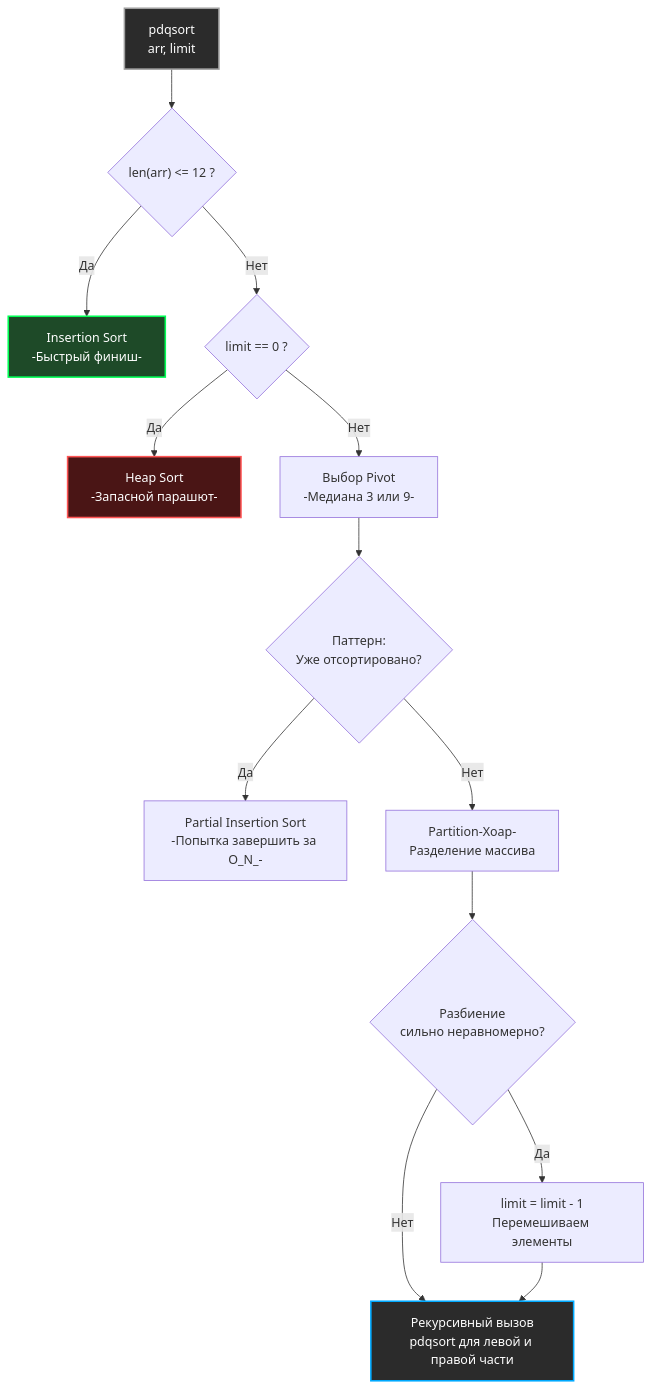
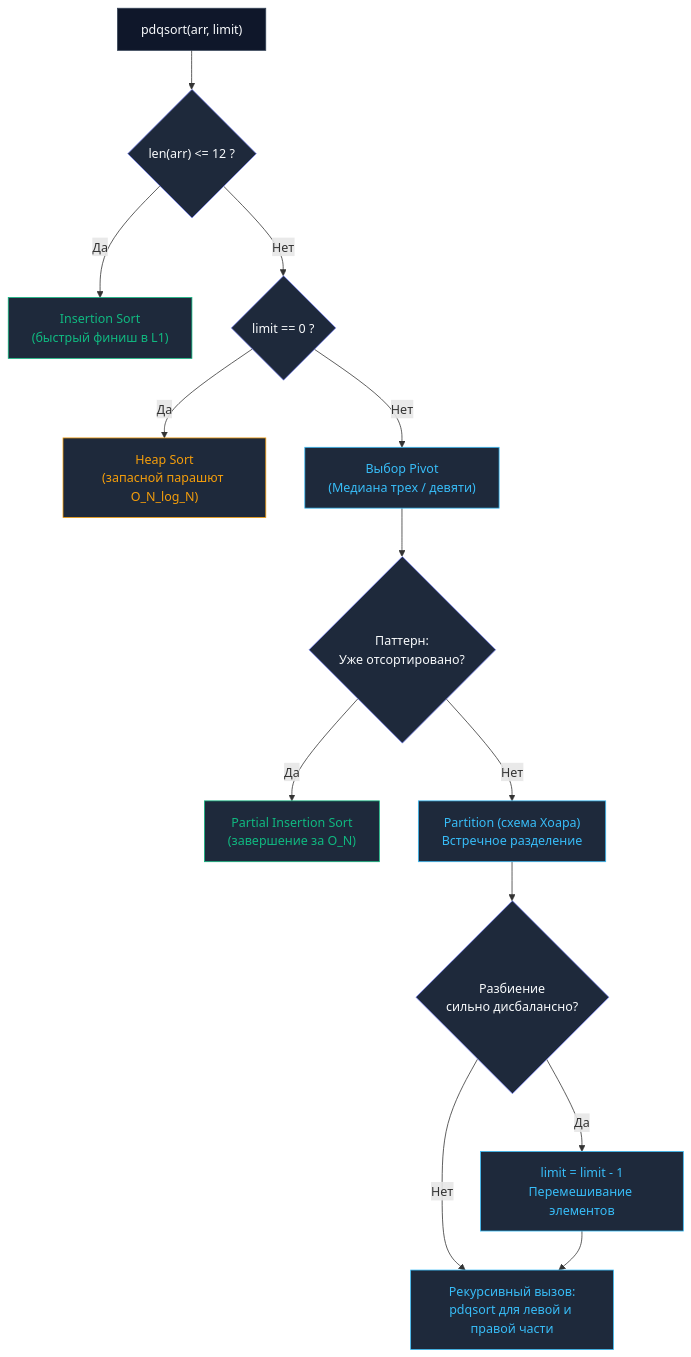
The diagram in sources/20. Алгоритмы и структуры данных (DSA) на Go/08. Сортировки/9. Внутренности пакета sort в Go.md (UnrealTemplier/go-textbook), drawn with Mermaid before and after one commit. The commit also changed other lines of this file, not shown here.

Commit message:
feat(module-20): editorial rewrite of 08.9 Go sort internals in Kernighan style

````diff
--- a/sources/20. Алгоритмы и структуры данных (DSA) на Go/08. Сортировки/9. Внутренности пакета sort в Go.md
+++ b/sources/20. Алгоритмы и структуры данных (DSA) на Go/08. Сортировки/9. Внутренности пакета sort в Go.md
@@ -81,30 +91,37 @@
 ```mermaid
 flowchart TD
-    Start["pdqsort<br>arr, limit"] --> IsSmall{"len(arr) <= 12 ?"}
+    Start["pdqsort(arr, limit)"] --> IsSmall{"len(arr) <= 12 ?"}
     
-    IsSmall -->|"Да"| DoInsertion["Insertion Sort<br>-Быстрый финиш-"]
+    IsSmall -->|"Да"| DoInsertion["Insertion Sort<br/>(быстрый финиш в L1)"]
     
     IsSmall -->|"Нет"| CheckLimit{"limit == 0 ?"}
     
-    CheckLimit -->|"Да"| DoHeap["Heap Sort<br>-Запасной парашют-"]
+    CheckLimit -->|"Да"| DoHeap["Heap Sort<br/>(запасной парашют O_N_log_N)"]
     
-    CheckLimit -->|"Нет"| ChoosePivot["Выбор Pivot<br>-Медиана 3 или 9-"]
+    CheckLimit -->|"Нет"| ChoosePivot["Выбор Pivot<br/>(Медиана трех / девяти)"]
     
-    ChoosePivot --> CheckSorted{"Паттерн:<br>Уже отсортировано?"}
+    ChoosePivot --> CheckSorted{"Паттерн:<br/>Уже отсортировано?"}
     
-    CheckSorted -->|"Да"| PartialInsert["Partial Insertion Sort<br>-Попытка завершить за O_N_-"]
+    CheckSorted -->|"Да"| PartialInsert["Partial Insertion Sort<br/>(завершение за O_N)"]
     
-    CheckSorted -->|"Нет"| Partition["Partition-Хоар-<br>Разделение массива"]
+    CheckSorted -->|"Нет"| Partition["Partition (схема Хоара)<br/>Встречное разделение"]
     
-    Partition --> CheckBad{"Разбиение<br>сильно неравномерно?"}
+    Partition --> CheckBad{"Разбиение<br/>сильно дисбалансно?"}
     
-    CheckBad -->|"Да"| DecLimit["limit = limit - 1<br>Перемешиваем элементы"]
-    CheckBad -->|"Нет"| Recursion["Рекурсивный вызов<br>pdqsort для левой и правой части"]
+    CheckBad -->|"Да"| DecLimit["limit = limit - 1<br/>Перемешивание элементов"]
+    CheckBad -->|"Нет"| Recursion["Рекурсивный вызов:<br/>pdqsort для левой и правой части"]
     
     DecLimit --> Recursion
-    
-    style Start fill:#2b2b2b,stroke:#a0a0a0,stroke-width:2px,color:#fff
-    style DoInsertion fill:#1e4a28,stroke:#00ff55,stroke-width:2px,color:#fff
-    style DoHeap fill:#4a1515,stroke:#ff5555,stroke-width:2px,color:#fff
-    style Recursion fill:#2b2b2b,stroke:#00aaff,stroke-width:2px,color:#fff
+
+    classDef default fill:#0f172a,stroke:#334155,color:#f8fafc
+    classDef decision fill:#1e293b,stroke:#818cf8,color:#f8fafc
+    classDef step fill:#1e293b,stroke:#38bdf8,color:#38bdf8
+    classDef success fill:#1e293b,stroke:#10b981,color:#10b981
+    classDef warning fill:#1e293b,stroke:#f59e0b,color:#f59e0b
+
+    class Start default
+    class IsSmall,CheckLimit,CheckSorted,CheckBad decision
+    class ChoosePivot,Partition,DecLimit,Recursion step
+    class DoInsertion,PartialInsert success
+    class DoHeap warning
 ```
````
